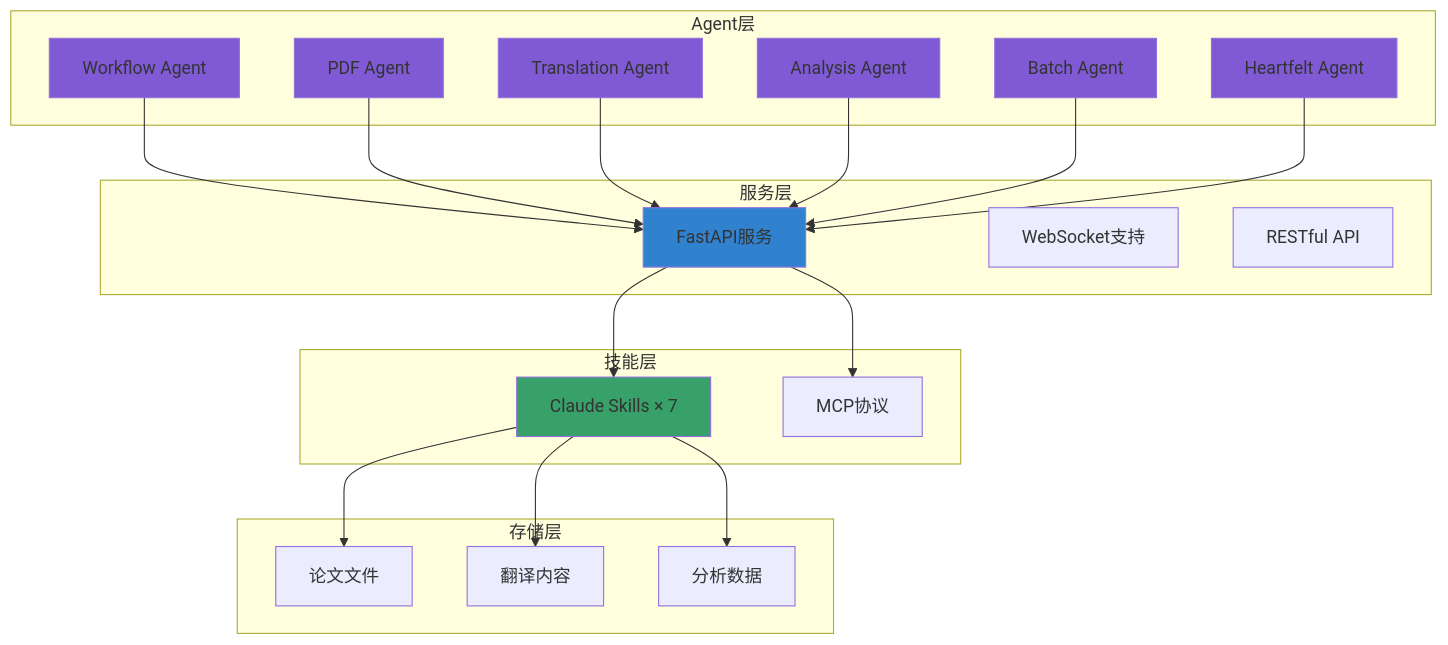
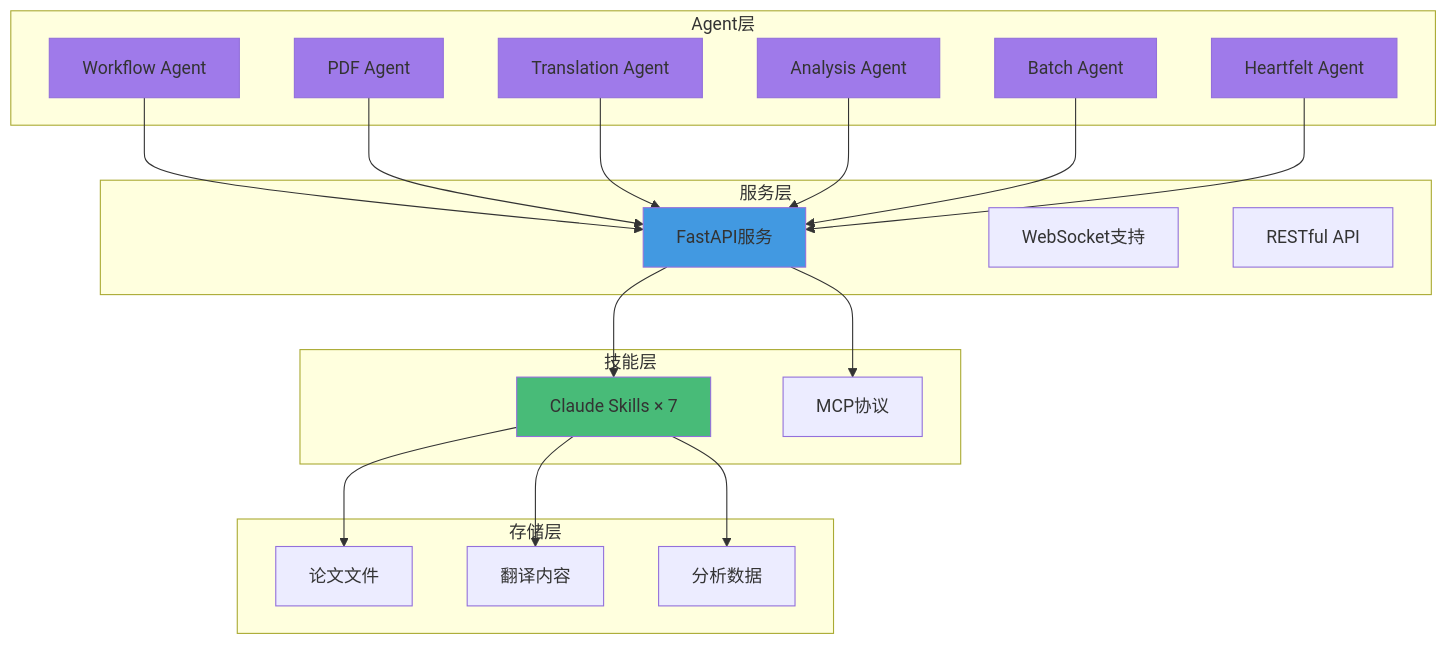
One commit to ThreeFish-AI/agentic-ai-cognizes changed the second of 6 diagrams in docs/000-roadmap.md. Above: the diagram before and after it, drawn with Mermaid. The commit also changed other lines of this file, not shown here.

First line of the commit message:
docs(roadmap): 优化图表可视化适配深色主题

````diff
--- a/docs/000-roadmap.md
+++ b/docs/000-roadmap.md
@@ -46,51 +46,51 @@
 ```mermaid
 graph TB
     subgraph "Agent层"
         A1[Workflow Agent]
         A2[PDF Agent]
         A3[Translation Agent]
         A4[Analysis Agent]
         A5[Batch Agent]
         A6[Heartfelt Agent]
     end
 
     subgraph "服务层"
         B1[FastAPI服务]
         B2[WebSocket支持]
         B3[RESTful API]
     end
 
     subgraph "技能层"
         C1[Claude Skills × 7]
         C2[MCP协议]
     end
 
     subgraph "存储层"
         D1[论文文件]
         D2[翻译内容]
         D3[分析数据]
     end
 
     A1 --> B1
     A2 --> B1
     A3 --> B1
     A4 --> B1
     A5 --> B1
     A6 --> B1
 
     B1 --> C1
     B1 --> C2
 
     C1 --> D1
     C1 --> D2
     C1 --> D3
 
-    style A1 fill:#805ad5
-    style A2 fill:#805ad5
-    style A3 fill:#805ad5
-    style A4 fill:#805ad5
-    style A5 fill:#805ad5
-    style A6 fill:#805ad5
-    style B1 fill:#3182ce
-    style C1 fill:#38a169
+    style A1 fill:#9f7aea
+    style A2 fill:#9f7aea
+    style A3 fill:#9f7aea
+    style A4 fill:#9f7aea
+    style A5 fill:#9f7aea
+    style A6 fill:#9f7aea
+    style B1 fill:#4299e1
+    style C1 fill:#48bb78
 ```
````
